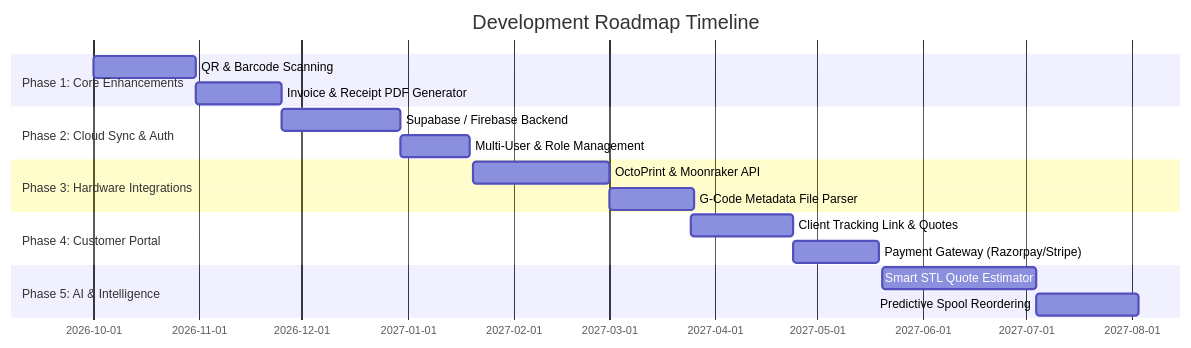
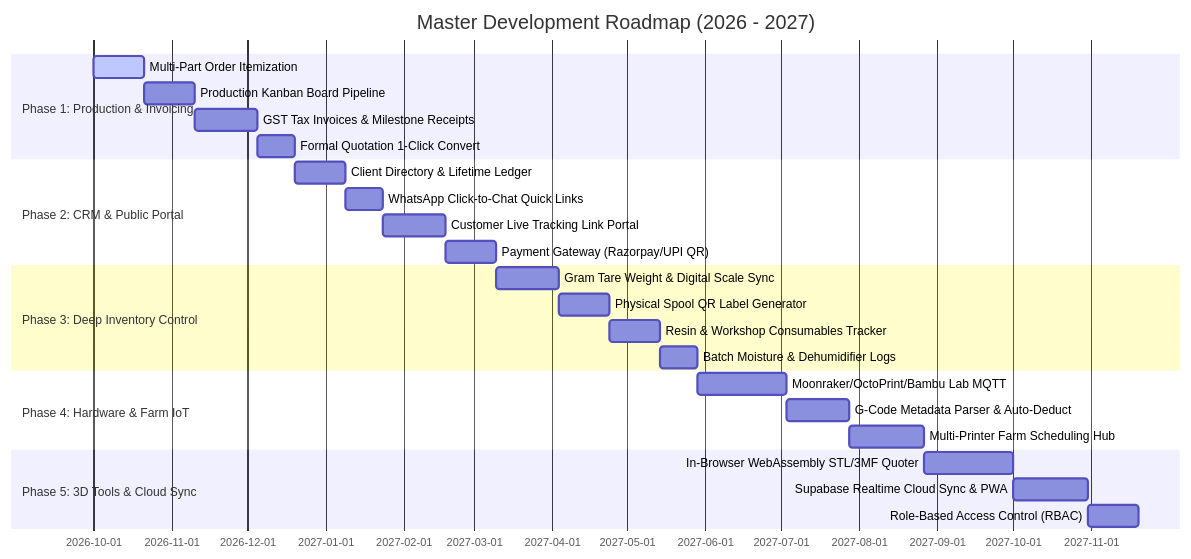
Before and after one commit to SidddhantJain/MadeNMore_Invetory-: the second of 4 diagrams in FUTURE_PLAN.md, drawn with Mermaid. The commit also changed other lines of this file, not shown here.

Commit message:
Expand FUTURE_PLAN.md with deep technical specs, data models, and hardware integrations

````diff
--- a/FUTURE_PLAN.md
+++ b/FUTURE_PLAN.md
@@ -15,20 +56,28 @@
 ```mermaid
 gantt
-    title Development Roadmap Timeline
+    title Master Development Roadmap (2026 - 2027)
     dateFormat  YYYY-MM-DD
-    section Phase 1: Core Enhancements
-    QR & Barcode Scanning          :a1, 2026-10-01, 30d
-    Invoice & Receipt PDF Generator :a2, after a1, 25d
-    section Phase 2: Cloud Sync & Auth
-    Supabase / Firebase Backend   :b1, 2026-11-25, 35d
-    Multi-User & Role Management   :b2, after b1, 20d
-    section Phase 3: Hardware Integrations
-    OctoPrint & Moonraker API      :c1, 2027-01-20, 40d
-    G-Code Metadata File Parser    :c2, after c1, 25d
-    section Phase 4: Customer Portal
-    Client Tracking Link & Quotes  :d1, 2027-03-25, 30d
-    Payment Gateway (Razorpay/Stripe):d2, after d1, 25d
-    section Phase 5: AI & Intelligence
-    Smart STL Quote Estimator      :e1, 2027-05-20, 45d
-    Predictive Spool Reordering    :e2, after e1, 30d
+    section Phase 1: Production & Invoicing
+    Multi-Part Order Itemization         :active, p1_1, 2026-10-01, 20d
+    Production Kanban Board Pipeline     :p1_2, after p1_1, 20d
+    GST Tax Invoices & Milestone Receipts:p1_3, after p1_2, 25d
+    Formal Quotation 1-Click Convert     :p1_4, after p1_3, 15d
+    section Phase 2: CRM & Public Portal
+    Client Directory & Lifetime Ledger   :p2_1, after p1_4, 20d
+    WhatsApp Click-to-Chat Quick Links   :p2_2, after p2_1, 15d
+    Customer Live Tracking Link Portal   :p2_3, after p2_2, 25d
+    Payment Gateway (Razorpay/UPI QR)    :p2_4, after p2_3, 20d
+    section Phase 3: Deep Inventory Control
+    Gram Tare Weight & Digital Scale Sync:p3_1, after p2_4, 25d
+    Physical Spool QR Label Generator    :p3_2, after p3_1, 20d
+    Resin & Workshop Consumables Tracker :p3_3, after p3_2, 20d
+    Batch Moisture & Dehumidifier Logs   :p3_4, after p3_3, 15d
+    section Phase 4: Hardware & Farm IoT
+    Moonraker/OctoPrint/Bambu Lab MQTT   :p4_1, after p3_4, 35d
+    G-Code Metadata Parser & Auto-Deduct :p4_2, after p4_1, 25d
+    Multi-Printer Farm Scheduling Hub    :p4_3, after p4_2, 30d
+    section Phase 5: 3D Tools & Cloud Sync
+    In-Browser WebAssembly STL/3MF Quoter:p5_1, after p4_3, 35d
+    Supabase Realtime Cloud Sync & PWA   :p5_2, after p5_1, 30d
+    Role-Based Access Control (RBAC)     :p5_3, after p5_2, 20d
 ```
````
